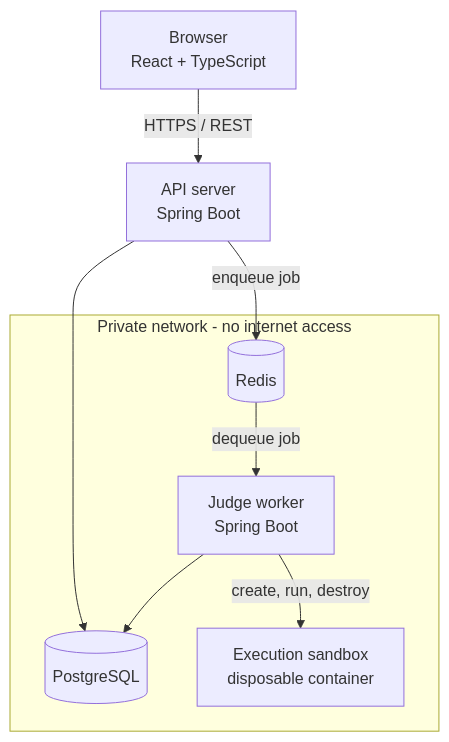
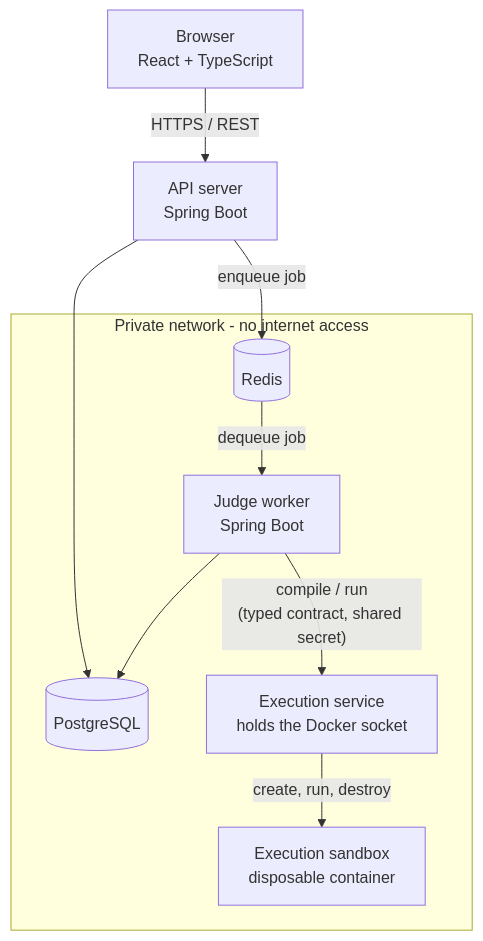
One commit to SatvikO7/codearena changed the first of 4 diagrams in docs/architecture.md. Above: the diagram before and after it, drawn with Mermaid. The commit also changed other lines of this file and 48 other files, not shown here.

First line of the commit message:
feat(security): move Docker control off the worker and harden the sandbox

````diff
--- a/docs/architecture.md
+++ b/docs/architecture.md
@@ -12,23 +13,26 @@
 ```mermaid
 flowchart TD
     Browser["Browser<br/>React + TypeScript"]
     API["API server<br/>Spring Boot"]
     Worker["Judge worker<br/>Spring Boot"]
+    Executor["Execution service<br/>holds the Docker socket"]
     PG[("PostgreSQL")]
     Redis[("Redis")]
     Sandbox["Execution sandbox<br/>disposable container"]
 
     Browser -->|HTTPS / REST| API
     API --> PG
     API -->|enqueue job| Redis
     Redis -->|dequeue job| Worker
     Worker --> PG
-    Worker -->|create, run, destroy| Sandbox
+    Worker -->|"compile / run<br/>(typed contract, shared secret)"| Executor
+    Executor -->|create, run, destroy| Sandbox
 
     subgraph private["Private network - no internet access"]
         PG
         Redis
         Worker
+        Executor
         Sandbox
     end
 ```
````
